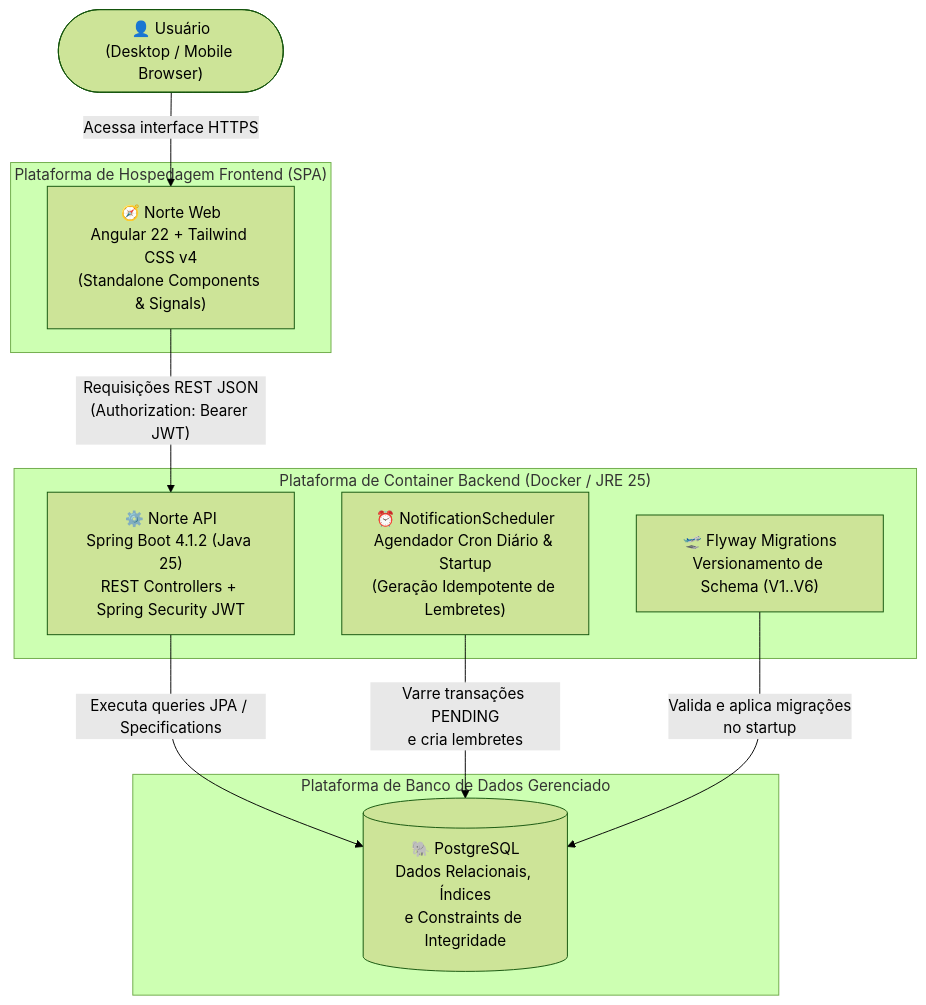
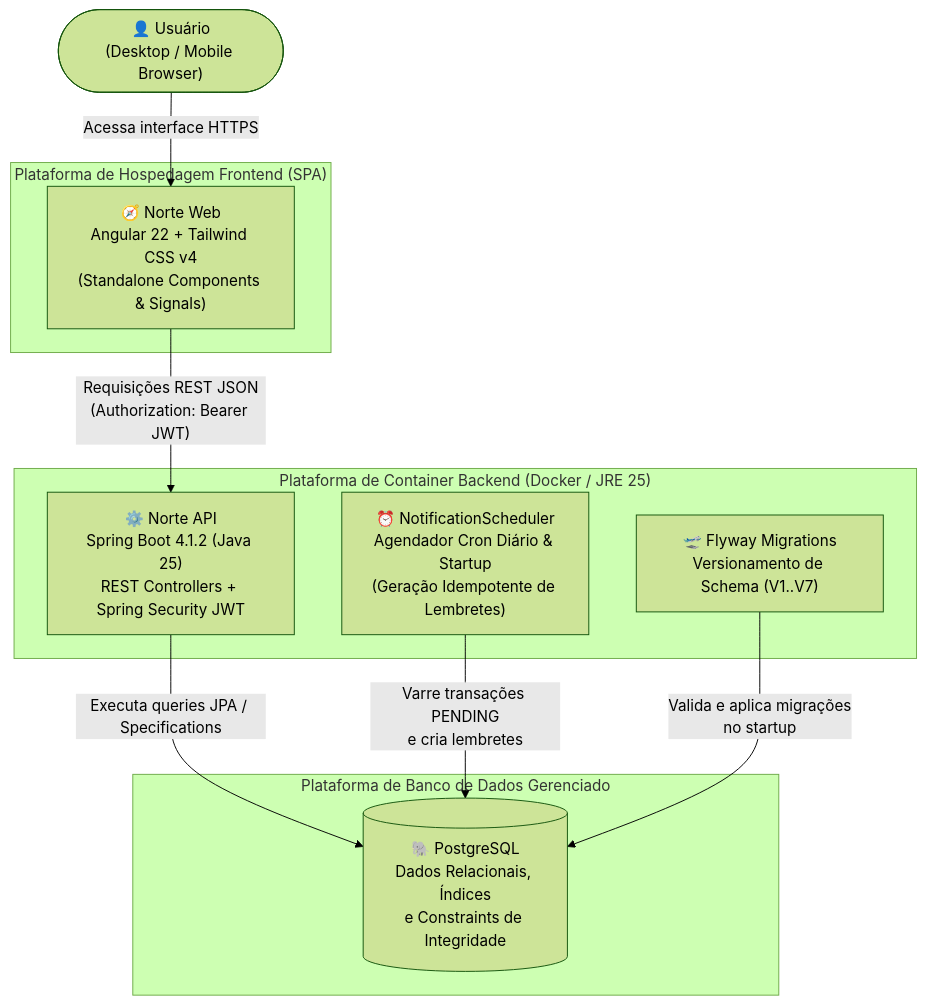
The first of 4 diagrams in README.md (guisantosfr/Norte), drawn with Mermaid (forest theme) before and after one commit. The commit also changed other lines of this file and 8 other files, not shown here.

````diff
--- a/README.md
+++ b/README.md
@@ -71,24 +71,24 @@
 ```mermaid
 flowchart TB
     User(["👤 Usuário\n(Desktop / Mobile Browser)"])
 
     subgraph FrontendPlatform["Plataforma de Hospedagem Frontend (SPA)"]
         AngularApp["🧭 Norte Web\nAngular 22 + Tailwind CSS v4\n(Standalone Components & Signals)"]
     end
 
     subgraph BackendPlatform["Plataforma de Container Backend (Docker / JRE 25)"]
         SpringAPI["⚙️ Norte API\nSpring Boot 4.1.2 (Java 25)\nREST Controllers + Spring Security JWT"]
         Scheduler["⏰ NotificationScheduler\nAgendador Cron Diário & Startup\n(Geração Idempotente de Lembretes)"]
-        Flyway["🛫 Flyway Migrations\nVersionamento de Schema (V1..V6)"]
+        Flyway["🛫 Flyway Migrations\nVersionamento de Schema (V1..V7)"]
     end
 
     subgraph DatabasePlatform["Plataforma de Banco de Dados Gerenciado"]
         Postgres[("🐘 PostgreSQL\nDados Relacionais, Índices\ne Constraints de Integridade")]
     end
 
     User -->|"Acessa interface HTTPS"| AngularApp
     AngularApp -->|"Requisições REST JSON\n(Authorization: Bearer JWT)"| SpringAPI
     SpringAPI -->|" Executa queries JPA / Specifications "| Postgres
     Scheduler -->|"Varre transações PENDING\ne cria lembretes"| Postgres
     Flyway -->|"Valida e aplica migrações\nno startup"| Postgres
 ```
````
